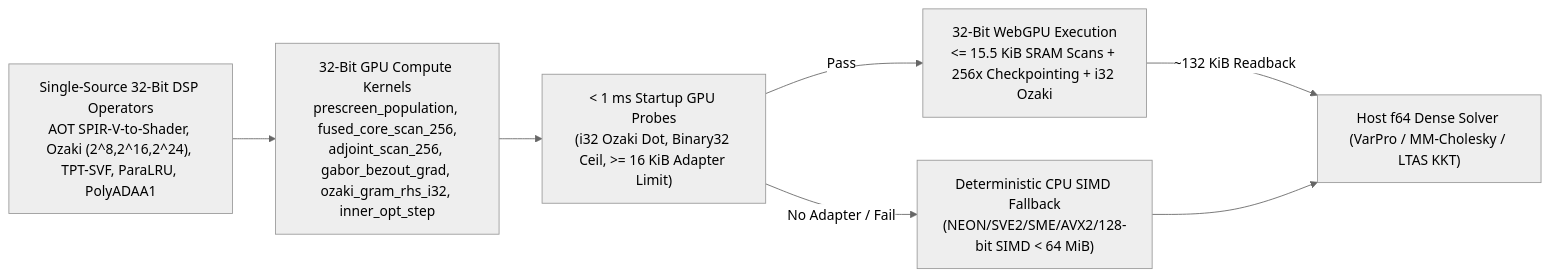
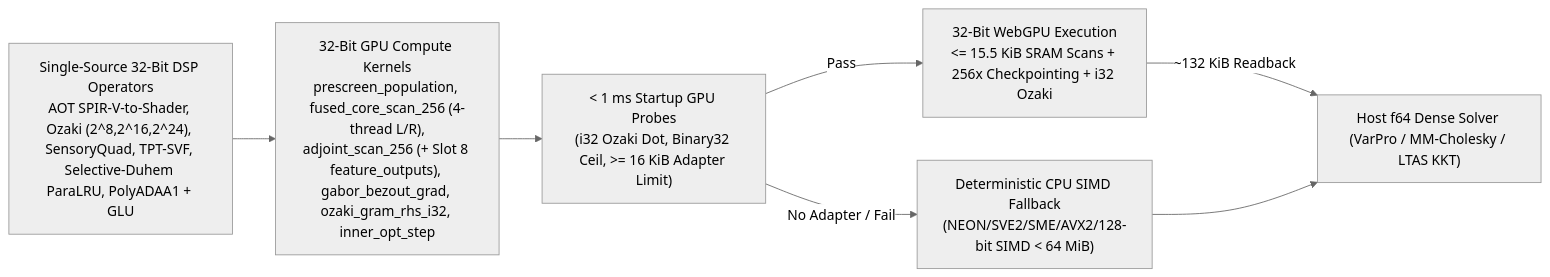
The second of 2 diagrams in docs/specs/training/webgpu_and_varpro_solver.md (mokugen/dnam), drawn with Mermaid (neutral theme) before and after one commit. The commit also changed other lines of this file and 26 other files, not shown here.

````diff
--- a/docs/specs/training/webgpu_and_varpro_solver.md
+++ b/docs/specs/training/webgpu_and_varpro_solver.md
@@ -201,9 +201,9 @@
 ```mermaid
 flowchart LR
-    Kernels["Single-Source 32-Bit DSP Operators<br/>AOT SPIR-V-to-Shader, Ozaki (2^8,2^16,2^24), TPT-SVF, ParaLRU, PolyADAA1"] --> Shaders["32-Bit GPU Compute Kernels<br/>prescreen_population, fused_core_scan_256,<br/>adjoint_scan_256, gabor_bezout_grad, ozaki_gram_rhs_i32, inner_opt_step"]
+    Kernels["Single-Source 32-Bit DSP Operators<br/>AOT SPIR-V-to-Shader, Ozaki (2^8,2^16,2^24), SensoryQuad, TPT-SVF, Selective-Duhem ParaLRU, PolyADAA1 + GLU"] --> Shaders["32-Bit GPU Compute Kernels<br/>prescreen_population, fused_core_scan_256 (4-thread L/R),<br/>adjoint_scan_256 (+ Slot 8 feature_outputs), gabor_bezout_grad, ozaki_gram_rhs_i32, inner_opt_step"]
     Shaders --> Probe["< 1 ms Startup GPU Probes<br/>(i32 Ozaki Dot, Binary32 Ceil, >= 16 KiB Adapter Limit)"]
     Probe -->|"Pass"| GPU["32-Bit WebGPU Execution<br/><= 15.5 KiB SRAM Scans + 256x Checkpointing + i32 Ozaki"]
     Probe -->|"No Adapter / Fail"| CPU["Deterministic CPU SIMD Fallback<br/>(NEON/SVE2/SME/AVX2/128-bit SIMD < 64 MiB)"]
     GPU -->|"~132 KiB Readback"| Host["Host f64 Dense Solver (VarPro / MM-Cholesky / LTAS KKT)"]
     CPU --> Host
 ```
````
